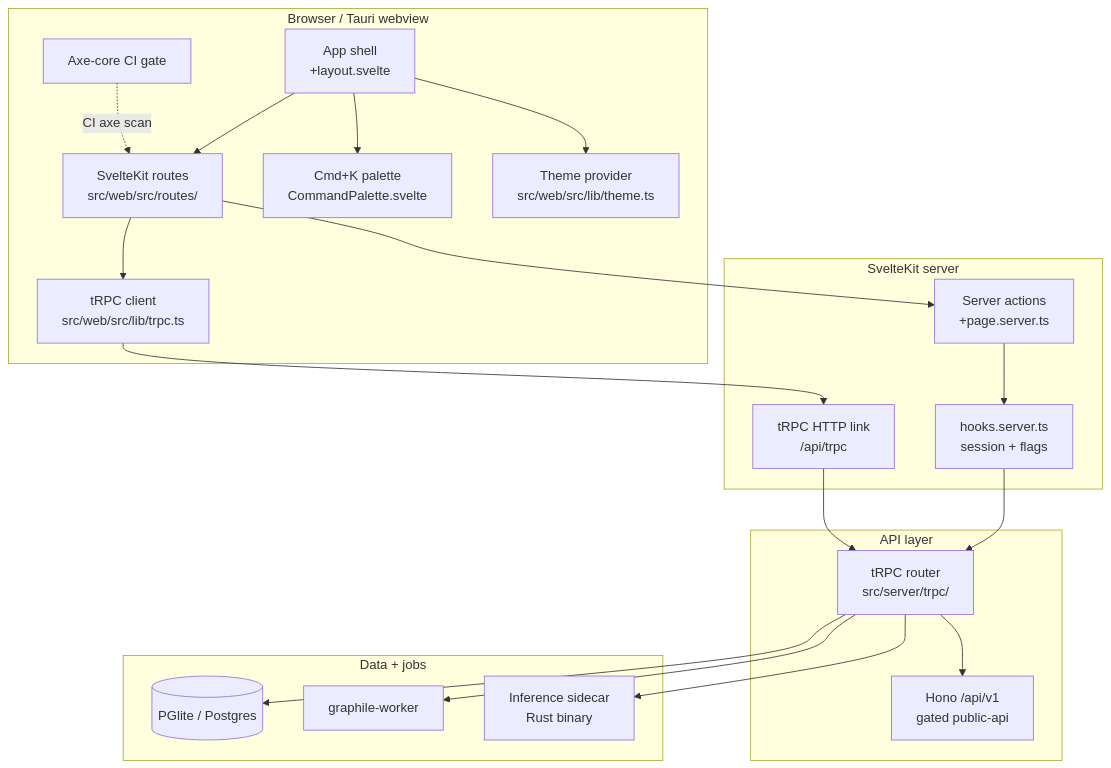
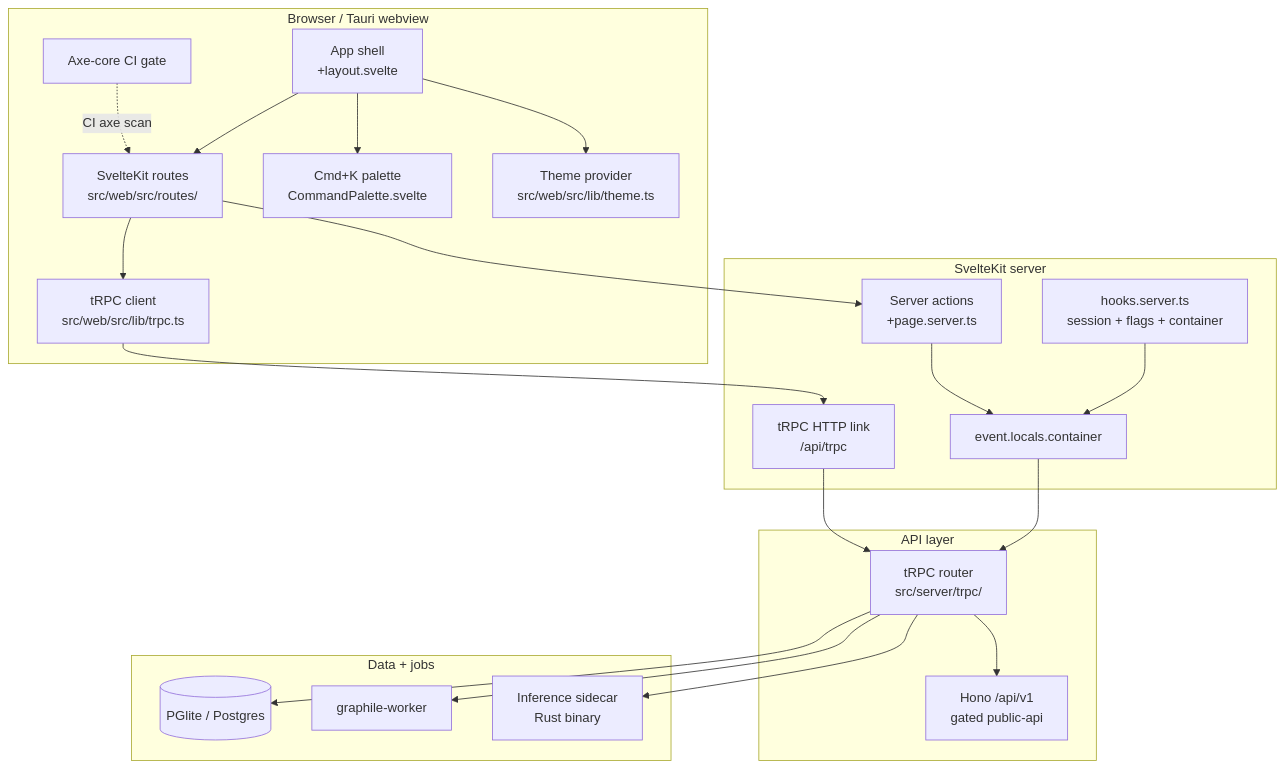
One commit to moabualruz/fulcrum changed the first of 4 diagrams in .scratch/agent-os-vision/prds/16-web-shell-rebuild.md. Above: the diagram before and after it, drawn with Mermaid. The commit also changed other lines of this file and 20 other files, not shown here.

````diff
--- a/.scratch/agent-os-vision/prds/16-web-shell-rebuild.md
+++ b/.scratch/agent-os-vision/prds/16-web-shell-rebuild.md
@@ -244,43 +252,45 @@
 ```mermaid
 graph TD
     subgraph "Browser / Tauri webview"
         SHELL[App shell<br/>+layout.svelte]
         ROUTES[SvelteKit routes<br/>src/web/src/routes/]
         TRPC_CLIENT[tRPC client<br/>src/web/src/lib/trpc.ts]
         CMD_K[Cmd+K palette<br/>CommandPalette.svelte]
         THEME[Theme provider<br/>src/web/src/lib/theme.ts]
         A11Y[Axe-core CI gate]
     end
 
     subgraph "SvelteKit server"
-        HOOKS[hooks.server.ts<br/>session + flags]
+        HOOKS[hooks.server.ts<br/>session + flags + container]
+        LOCALS[event.locals.container]
         SA[Server actions<br/>+page.server.ts]
         TRPC_LINK[tRPC HTTP link<br/>/api/trpc]
     end
 
     subgraph "API layer"
         TRPC_ROUTER[tRPC router<br/>src/server/trpc/]
         HONO[Hono /api/v1<br/>gated public-api]
     end
 
     subgraph "Data + jobs"
         DB[(PGlite / Postgres)]
         WORKER[graphile-worker]
         SIDECAR[Inference sidecar<br/>Rust binary]
     end
 
     SHELL --> ROUTES
     SHELL --> CMD_K
     SHELL --> THEME
     ROUTES --> TRPC_CLIENT
     ROUTES --> SA
-    SA --> HOOKS
-    HOOKS --> TRPC_ROUTER
+    HOOKS --> LOCALS
+    SA --> LOCALS
+    LOCALS --> TRPC_ROUTER
     TRPC_CLIENT --> TRPC_LINK
     TRPC_LINK --> TRPC_ROUTER
     TRPC_ROUTER --> DB
     TRPC_ROUTER --> WORKER
     TRPC_ROUTER --> SIDECAR
     TRPC_ROUTER --> HONO
     A11Y -.->|CI axe scan| ROUTES
 ```
````
